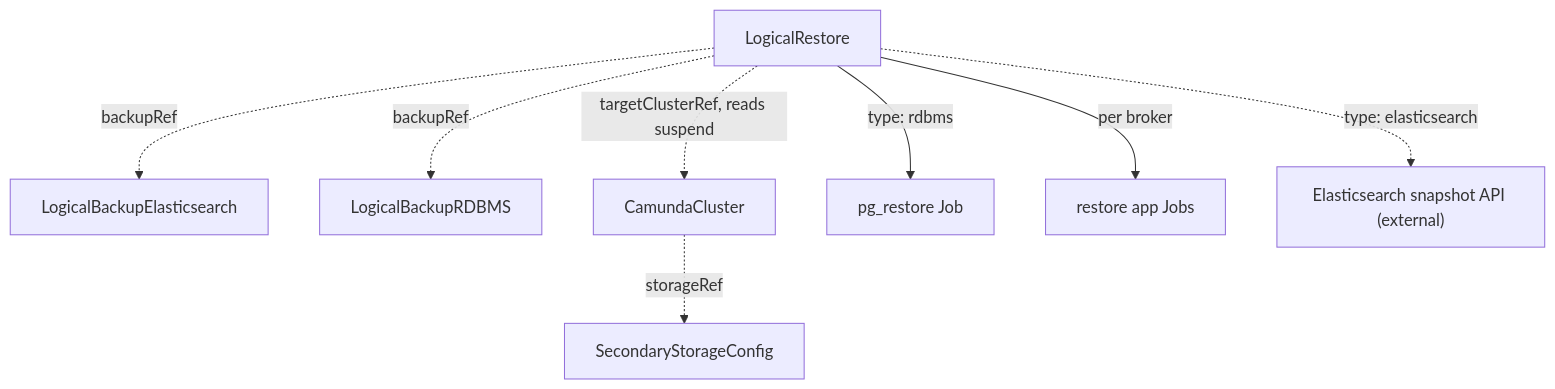
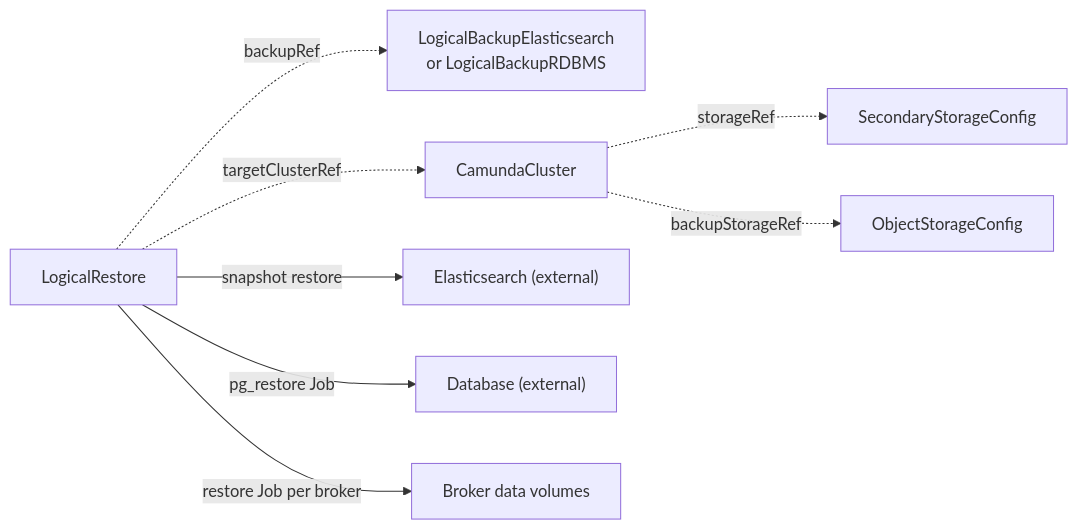
The diagram in docs/crds/logicalrestore.md (konsole-is/camunda-operator), drawn with Mermaid before and after one commit. The commit also changed other lines of this file and 14 other files, not shown here.

First line of the commit message:
feat(api): open a pgbootstrap seam and record the restore contract (#110)

````diff
--- a/docs/crds/logicalrestore.md
+++ b/docs/crds/logicalrestore.md
@@ -31,10 +35,10 @@
 ```mermaid
-graph TD
-    LR[LogicalRestore] -.->|backupRef| LBE[LogicalBackupElasticsearch]
-    LR -.->|backupRef| LBR[LogicalBackupRDBMS]
-    LR -.->|targetClusterRef, reads suspend| CC[CamundaCluster]
+graph LR
+    LR[LogicalRestore] -.->|backupRef| LB[LogicalBackupElasticsearch<br/>or LogicalBackupRDBMS]
+    LR -.->|targetClusterRef| CC[CamundaCluster]
     CC -.->|storageRef| SSC[SecondaryStorageConfig]
-    LR -->|"type: rdbms"| J[pg_restore Job]
-    LR -->|per broker| RJ[restore app Jobs]
-    LR -.->|"type: elasticsearch"| ES["Elasticsearch snapshot API (external)"]
+    CC -.->|backupStorageRef| OSC[ObjectStorageConfig]
+    LR -->|snapshot restore| ES["Elasticsearch (external)"]
+    LR -->|pg_restore Job| DB["Database (external)"]
+    LR -->|restore Job per broker| PVC[Broker data volumes]
 ```
````
